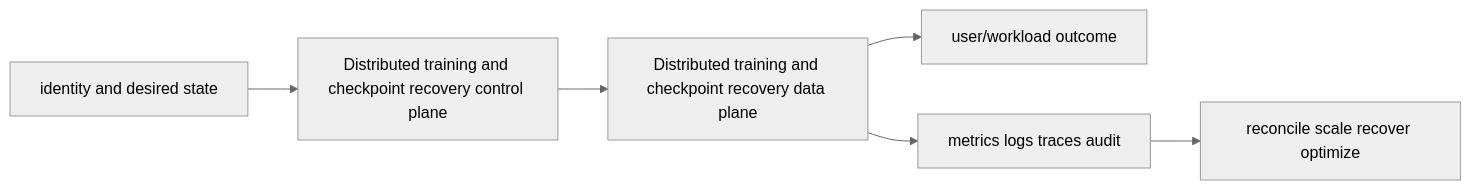
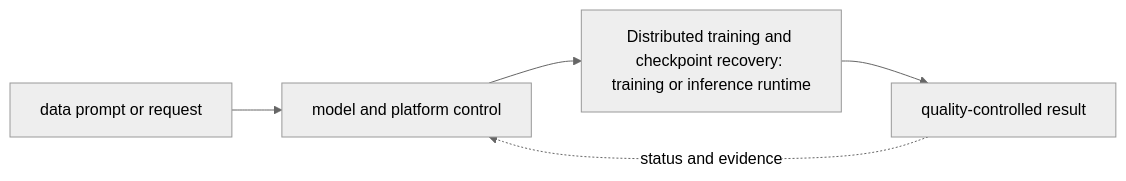
One commit to tomkidumbuyo/DevOps-interview-preparation changed the diagram in 11-ai-platform/08-mlops-and-llmops-lifecycle/07-distributed-training/README.md. Above: the diagram before and after it, drawn with Mermaid (neutral theme). The commit also changed other lines of this file and 753 other files, not shown here.

````diff
--- a/11-ai-platform/08-mlops-and-llmops-lifecycle/07-distributed-training/README.md
+++ b/11-ai-platform/08-mlops-and-llmops-lifecycle/07-distributed-training/README.md
@@ -19,8 +31,7 @@
 ```mermaid
 flowchart LR
-  I[identity and desired state] --> C[Distributed training and checkpoint recovery control plane]
-  C --> D[Distributed training and checkpoint recovery data plane]
-  D --> U[user/workload outcome]
-  D --> O[metrics logs traces audit]
-  O --> R[reconcile scale recover optimize]
+  A["data prompt or request"] --> B["model and platform control"]
+  B --> C["Distributed training and checkpoint recovery: training or inference runtime"]
+  C --> D["quality-controlled result"]
+  D -. "status and evidence" .-> B
 ```
````
